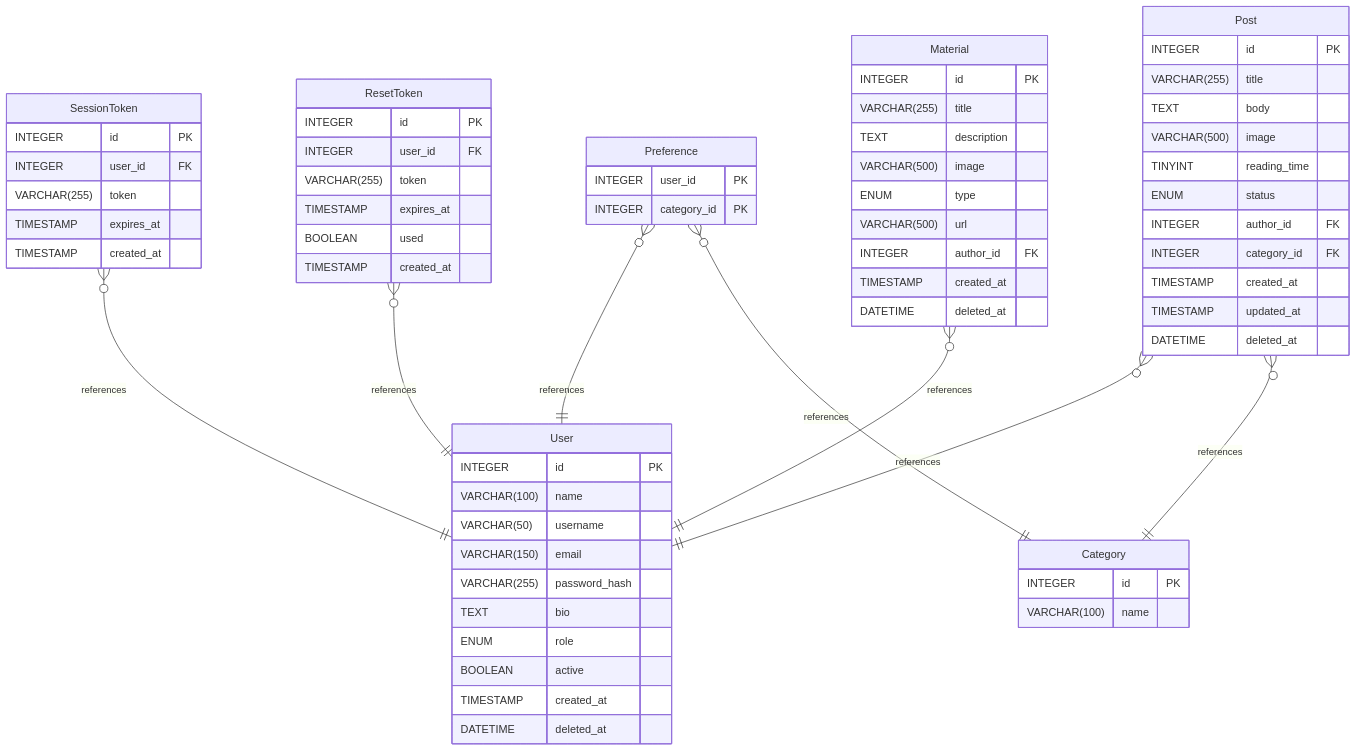
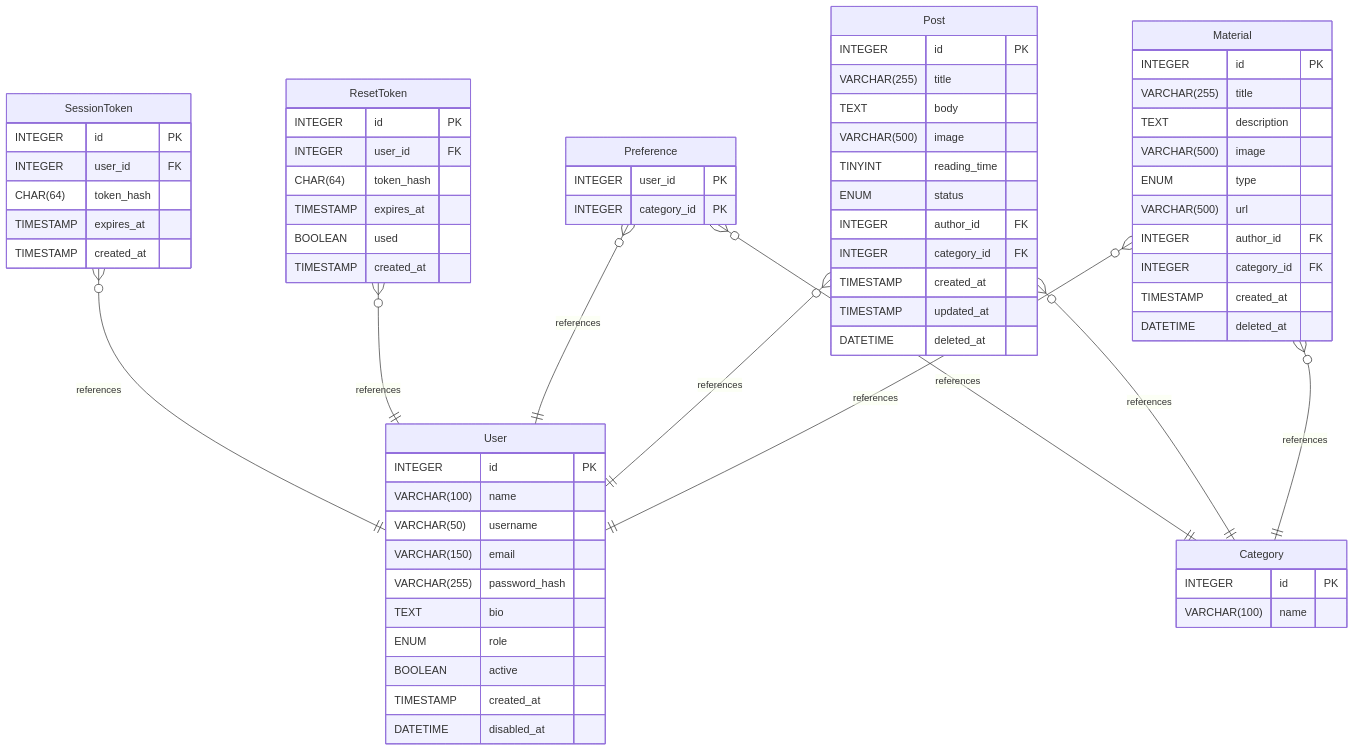
The diagram in docs/database.md (diegooilv/pi), drawn with Mermaid before and after one commit. The commit also changed other lines of this file and 4 other files, not shown here.

````diff
--- a/docs/database.md
+++ b/docs/database.md
@@ -150,76 +157,78 @@
 ```mermaid
 erDiagram
     SessionToken }o--|| User : references
     ResetToken }o--|| User : references
     Preference }o--|| User : references
     Preference }o--|| Category : references
     Post }o--|| User : references
     Post }o--|| Category : references
     Material }o--|| User : references
+    Material }o--|| Category : references
 
     User {
         INTEGER id PK
         VARCHAR(100) name
         VARCHAR(50) username
         VARCHAR(150) email
         VARCHAR(255) password_hash
         TEXT bio
         ENUM role
         BOOLEAN active
         TIMESTAMP created_at
-        DATETIME deleted_at
+        DATETIME disabled_at
     }
 
     SessionToken {
         INTEGER id PK
         INTEGER user_id FK
-        VARCHAR(255) token
+        CHAR(64) token_hash
         TIMESTAMP expires_at
         TIMESTAMP created_at
     }
 
     ResetToken {
         INTEGER id PK
         INTEGER user_id FK
-        VARCHAR(255) token
+        CHAR(64) token_hash
         TIMESTAMP expires_at
         BOOLEAN used
         TIMESTAMP created_at
     }
 
     Category {
         INTEGER id PK
         VARCHAR(100) name
     }
 
     Preference {
         INTEGER user_id PK
         INTEGER category_id PK
     }
 
     Post {
         INTEGER id PK
         VARCHAR(255) title
         TEXT body
         VARCHAR(500) image
         TINYINT reading_time
         ENUM status
         INTEGER author_id FK
         INTEGER category_id FK
         TIMESTAMP created_at
         TIMESTAMP updated_at
         DATETIME deleted_at
     }
 
     Material {
         INTEGER id PK
         VARCHAR(255) title
         TEXT description
         VARCHAR(500) image
         ENUM type
         VARCHAR(500) url
         INTEGER author_id FK
+        INTEGER category_id FK
         TIMESTAMP created_at
         DATETIME deleted_at
     }
 ```
````
